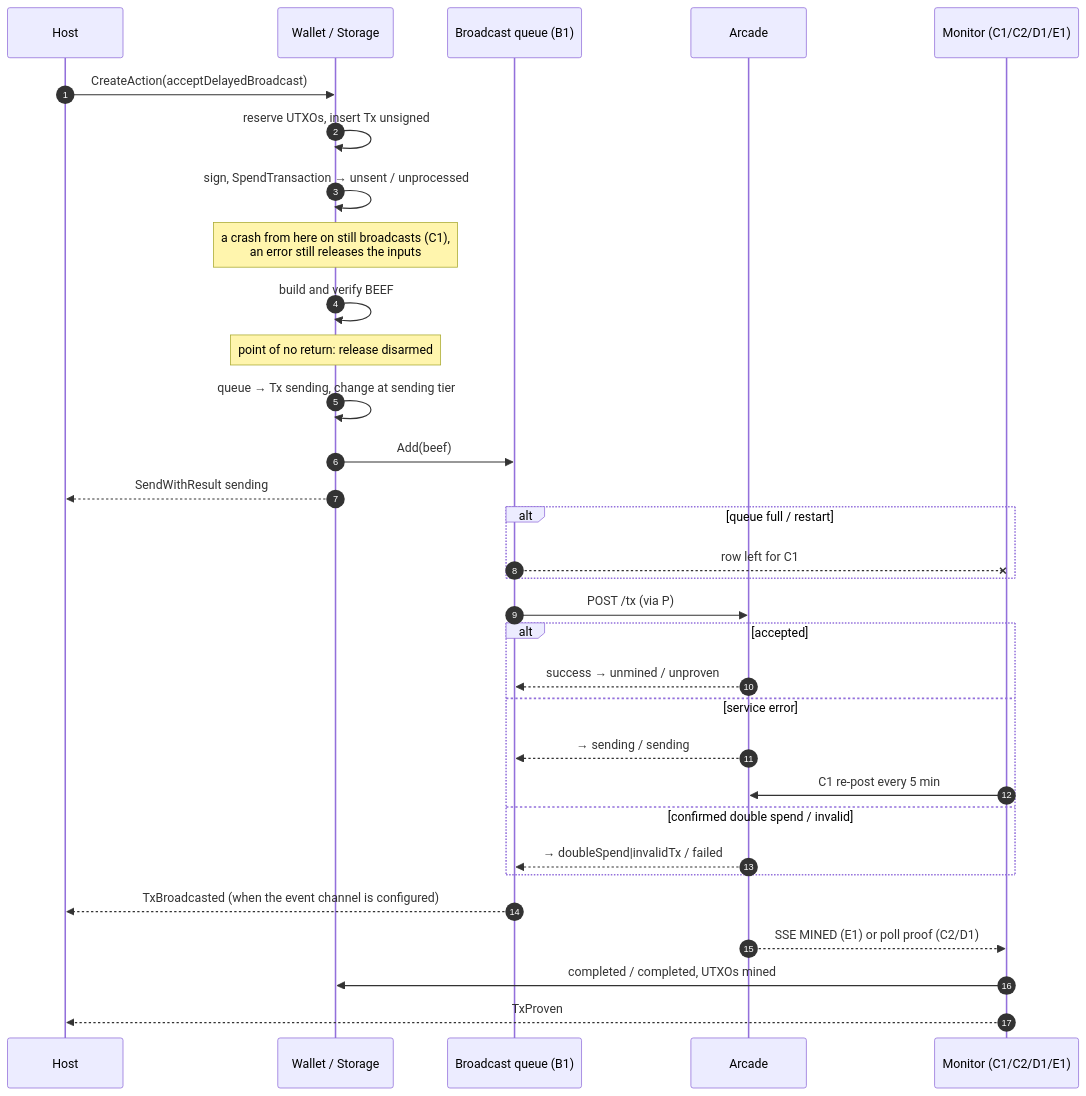
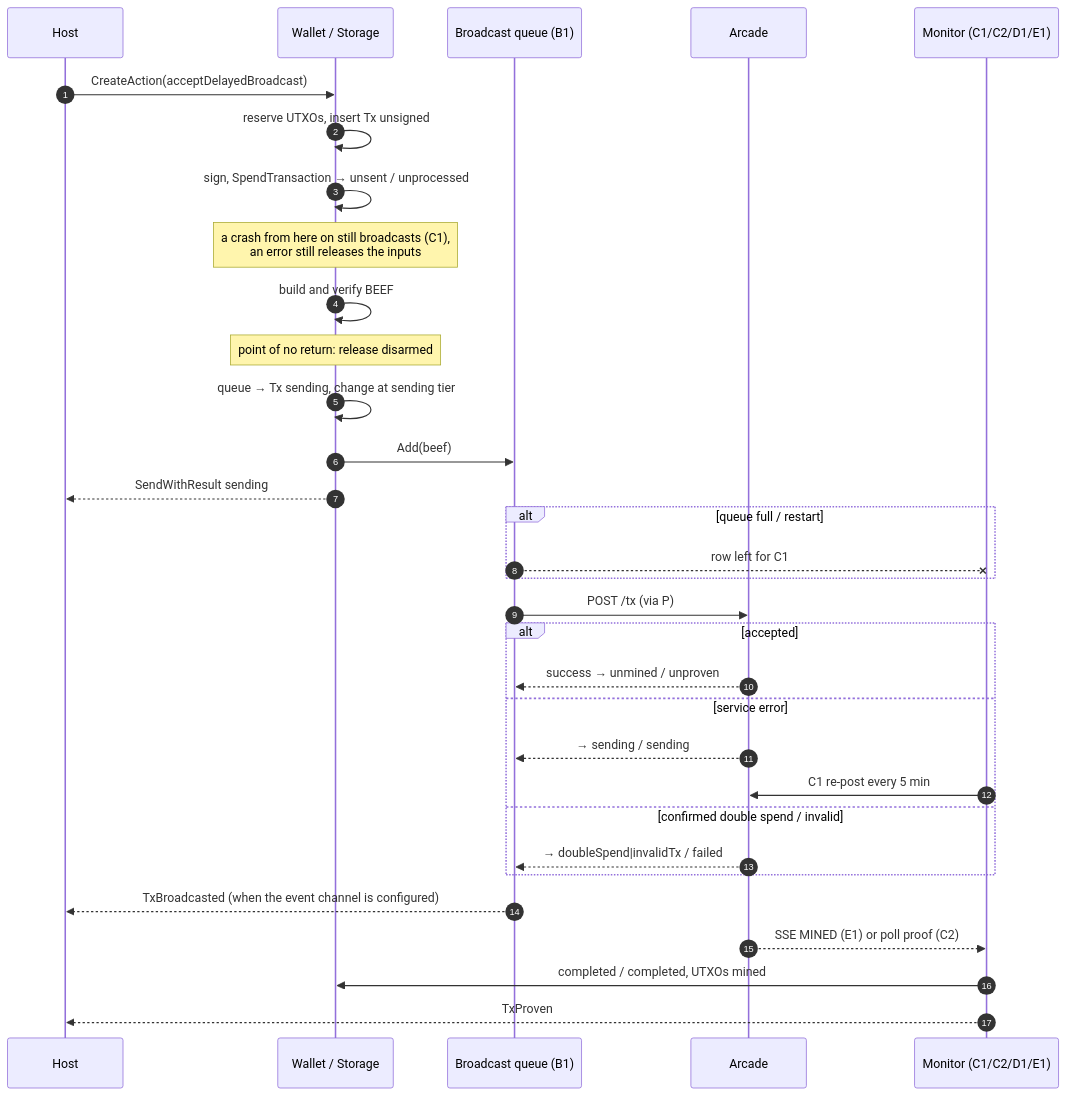
The second of 10 diagrams in docs/tx-lifecycle.md (bsv-blockchain/go-wallet-toolbox), drawn with Mermaid before and after one commit. The commit also changed other lines of this file and 17 other files, not shown here.

````diff
--- a/docs/tx-lifecycle.md
+++ b/docs/tx-lifecycle.md
@@ -148,34 +148,34 @@
 ```mermaid
 sequenceDiagram
     autonumber
     participant H as Host
     participant W as Wallet / Storage
     participant Q as Broadcast queue (B1)
     participant A as Arcade
     participant M as Monitor (C1/C2/D1/E1)
     H->>W: CreateAction(acceptDelayedBroadcast)
     W->>W: reserve UTXOs, insert Tx unsigned
     W->>W: sign, SpendTransaction → unsent / unprocessed
     Note over W: a crash from here on still broadcasts (C1),<br/>an error still releases the inputs
     W->>W: build and verify BEEF
     Note over W: point of no return: release disarmed
     W->>W: queue → Tx sending, change at sending tier
     W->>Q: Add(beef)
     W-->>H: SendWithResult sending
     alt queue full / restart
         Q--xM: row left for C1
     end
     Q->>A: POST /tx (via P)
     alt accepted
         A-->>Q: success → unmined / unproven
     else service error
         A-->>Q: → sending / sending
         M->>A: C1 re-post every 5 min
     else confirmed double spend / invalid
         A-->>Q: → doubleSpend|invalidTx / failed
     end
     Q-->>H: TxBroadcasted (when the event channel is configured)
-    A-->>M: SSE MINED (E1) or poll proof (C2/D1)
+    A-->>M: SSE MINED (E1) or poll proof (C2)
     M->>W: completed / completed, UTXOs mined
     M-->>H: TxProven
 ```
````
